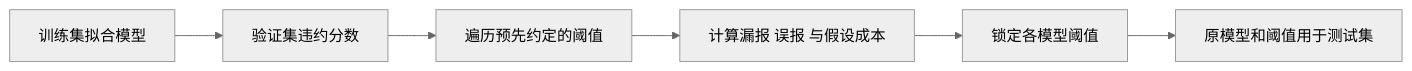
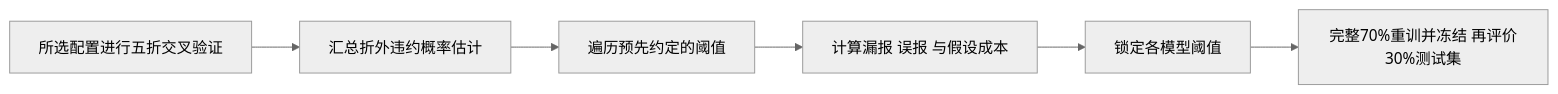
Before and after one commit to ishixi233/Credit-MLoF: the second of 2 diagrams in Proposal/03_信用卡违约项目总体工作流程.md, drawn with Mermaid (neutral theme). The commit also changed other lines of this file and 17 other files, not shown here.

````diff
--- a/Proposal/03_信用卡违约项目总体工作流程.md
+++ b/Proposal/03_信用卡违约项目总体工作流程.md
@@ -191,8 +191,8 @@
 ```mermaid
 flowchart LR
-    A[训练集拟合模型] --> B[验证集违约分数]
+    A[所选配置进行五折交叉验证] --> B[汇总折外违约概率估计]
     B --> C[遍历预先约定的阈值]
     C --> D[计算漏报 误报 与假设成本]
     D --> E[锁定各模型阈值]
-    E --> F[原模型和阈值用于测试集]
+    E --> F[完整70%重训并冻结 再评价30%测试集]
 ```
````
